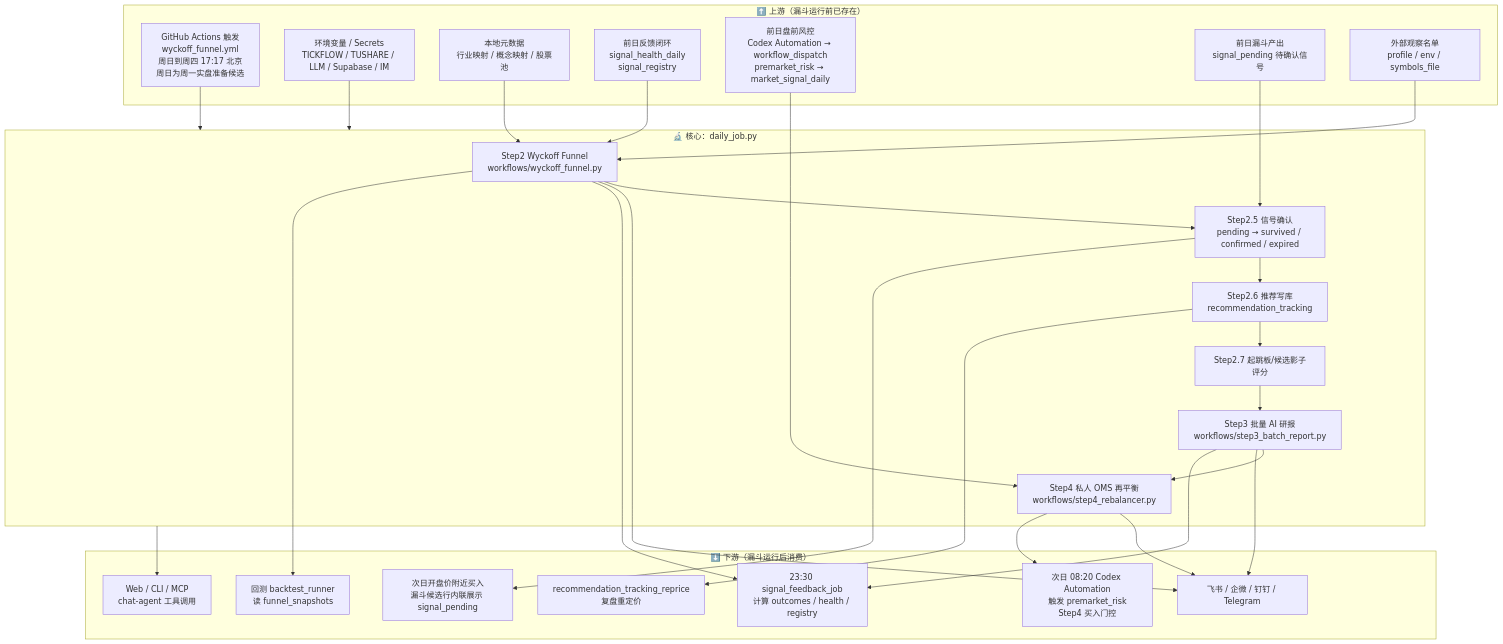
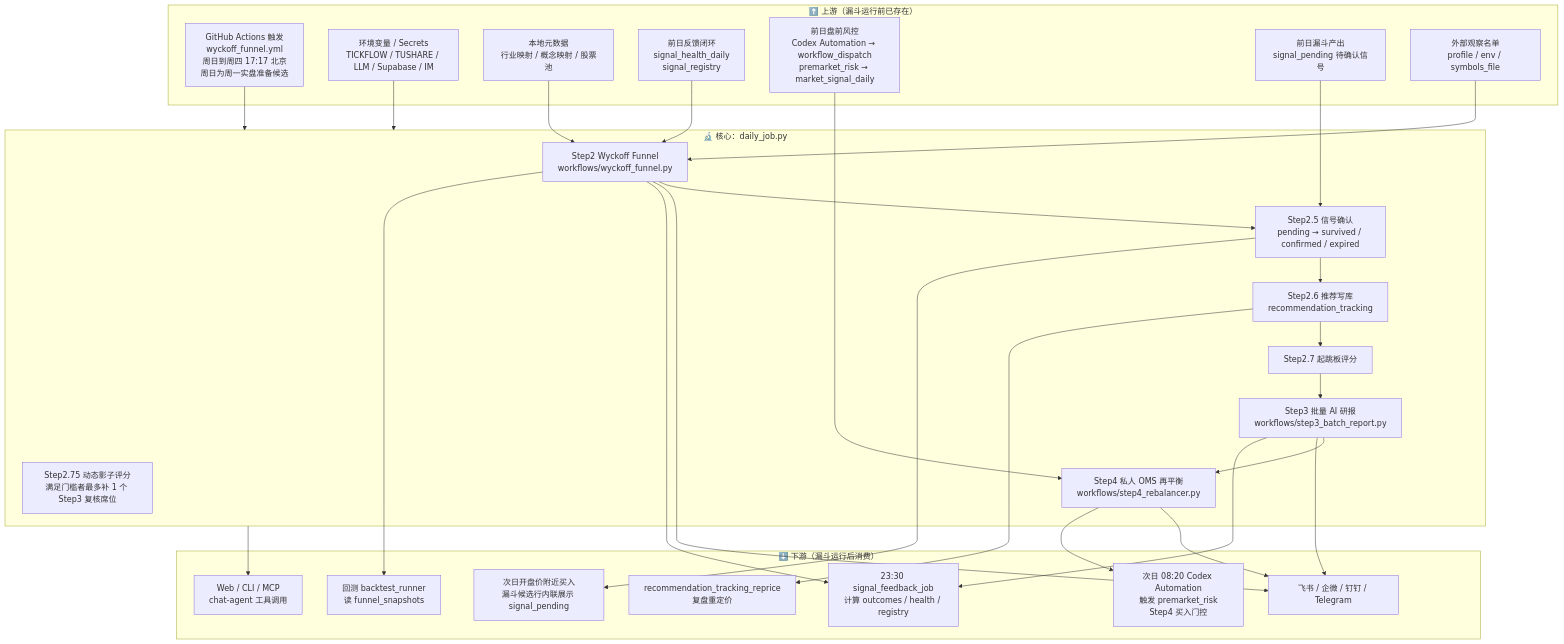
The first of 7 diagrams in docs/A_SHARE_FUNNEL_FLOW.md (YoungCan-Wang/WyckoffTradingAgent), drawn with Mermaid before and after one commit. The commit also changed other lines of this file and 36 other files, not shown here.

````diff
--- a/docs/A_SHARE_FUNNEL_FLOW.md
+++ b/docs/A_SHARE_FUNNEL_FLOW.md
@@ -12,53 +12,54 @@
 ```mermaid
 flowchart TB
     subgraph UPSTREAM["⬆️ 上游（漏斗运行前已存在）"]
         U1["GitHub Actions 触发<br/>wyckoff_funnel.yml<br/>周日到周四 17:17 北京<br/>周日为周一实盘准备候选"]
         U2["环境变量 / Secrets<br/>TICKFLOW / TUSHARE / LLM / Supabase / IM"]
         U3["本地元数据<br/>行业映射 / 概念映射 / 股票池"]
         U4["前日反馈闭环<br/>signal_health_daily<br/>signal_registry"]
         U5["前日盘前风控<br/>Codex Automation → workflow_dispatch<br/>premarket_risk → market_signal_daily"]
         U6["前日漏斗产出<br/>signal_pending 待确认信号"]
         U7["外部观察名单<br/>profile / env / symbols_file"]
     end
 
     subgraph CORE["🔬 核心：daily_job.py"]
         S2["Step2 Wyckoff Funnel<br/>workflows/wyckoff_funnel.py"]
         S25["Step2.5 信号确认<br/>pending → survived / confirmed / expired"]
         S26["Step2.6 推荐写库<br/>recommendation_tracking"]
-        S27["Step2.7 起跳板/候选影子评分"]
+        S27["Step2.7 起跳板评分"]
+        S275["Step2.75 动态影子评分<br/>满足门槛者最多补 1 个 Step3 复核席位"]
         S3["Step3 批量 AI 研报<br/>workflows/step3_batch_report.py"]
         S4["Step4 私人 OMS 再平衡<br/>workflows/step4_rebalancer.py"]
     end
 
     subgraph DOWNSTREAM["⬇️ 下游（漏斗运行后消费）"]
         D1["23:30 signal_feedback_job<br/>计算 outcomes / health / registry"]
         D2["次日 08:20 Codex Automation<br/>触发 premarket_risk<br/>Step4 买入门控"]
         D3["次日开盘价附近买入<br/>漏斗候选行内联展示 signal_pending"]
         D4["Web / CLI / MCP<br/>chat-agent 工具调用"]
         D5["回测 backtest_runner<br/>读 funnel_snapshots"]
         D6["recommendation_tracking_reprice<br/>复盘重定价"]
         D7["飞书 / 企微 / 钉钉 / Telegram"]
     end
 
     U1 --> CORE
     U2 --> CORE
     U3 --> S2
     U4 --> S2
     U5 --> S4
     U6 --> S25
     U7 --> S2
 
     S2 --> S25 --> S26 --> S27 --> S3 --> S4
 
     S2 --> D7
     S3 --> D7
     S4 --> D7
 
     S2 --> D1
     S3 --> D1
     S4 --> D2
     S25 --> D3
     S26 --> D6
     S2 --> D5
     CORE --> D4
 ```
````
